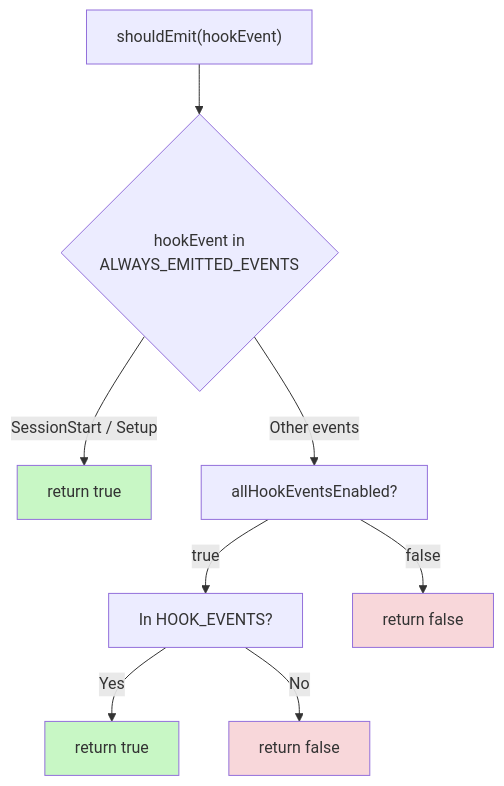
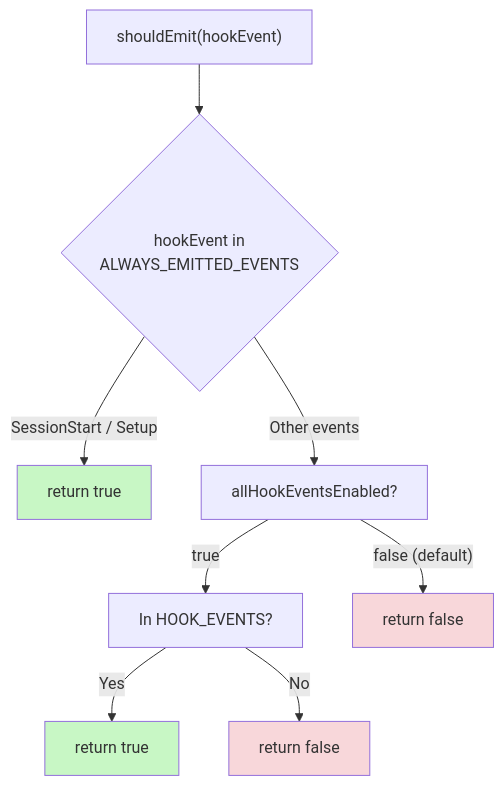
The sixth of 13 diagrams in .nium-wiki/wiki_en/core/hooks.md (niuma996/claude-code-sourcemap-wiki), drawn with Mermaid before and after one commit. The commit also changed other lines of this file and 1976 other files, not shown here.

````diff
--- a/.nium-wiki/wiki_en/core/hooks.md
+++ b/.nium-wiki/wiki_en/core/hooks.md
@@ -348,15 +348,15 @@
 ```mermaid
 flowchart TD
     Start["shouldEmit(hookEvent)"] --> CheckAlways{"hookEvent in<br/>ALWAYS_EMITTED_EVENTS"}
     CheckAlways -->|"SessionStart / Setup"| Allow["return true"]
     CheckAlways -->|"Other events"| CheckFlag["allHookEventsEnabled?"]
     CheckFlag -->|"true"| CheckValid["In HOOK_EVENTS?"]
     CheckValid -->|"Yes"| Allow2["return true"]
     CheckValid -->|"No"| Deny["return false"]
-    CheckFlag -->|"false"| Deny2["return false"]
+    CheckFlag -->|"false (default)"| Deny2["return false"]
 
     style Allow fill:#c8f7c5
     style Allow2 fill:#c8f7c5
     style Deny fill:#f8d7da
     style Deny2 fill:#f8d7da
 ```
````
